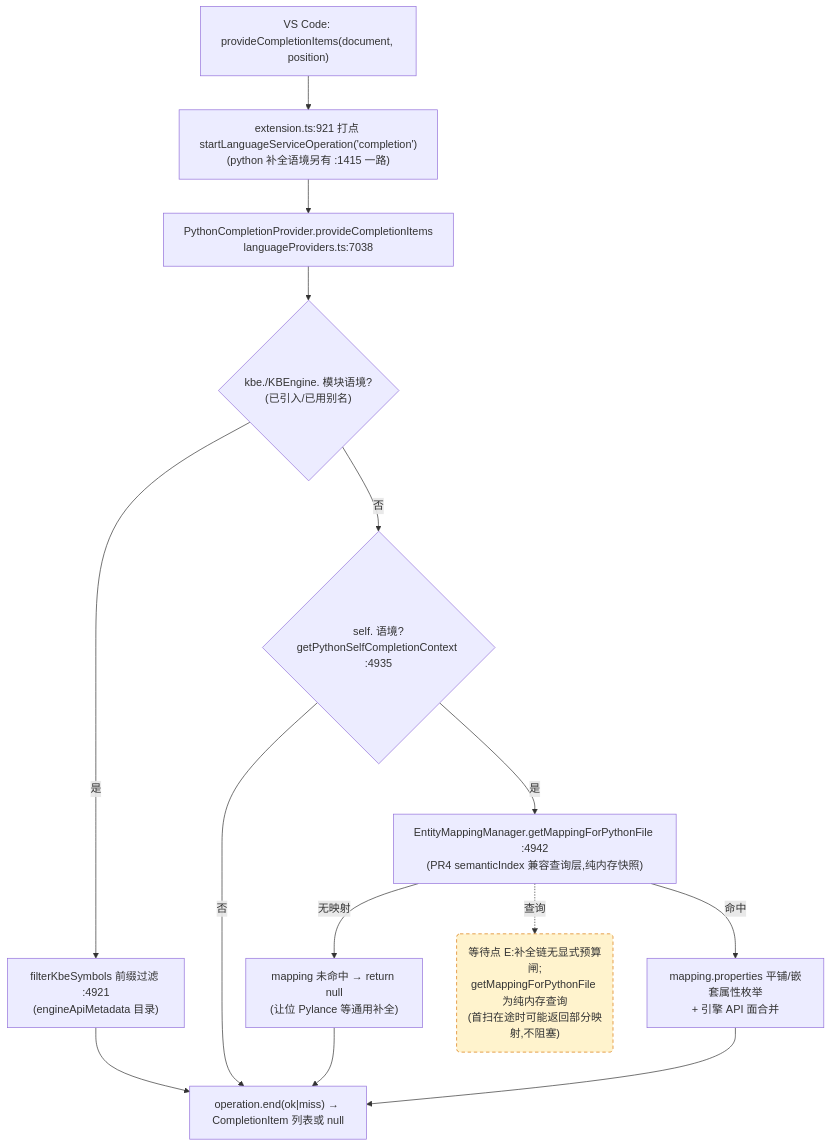
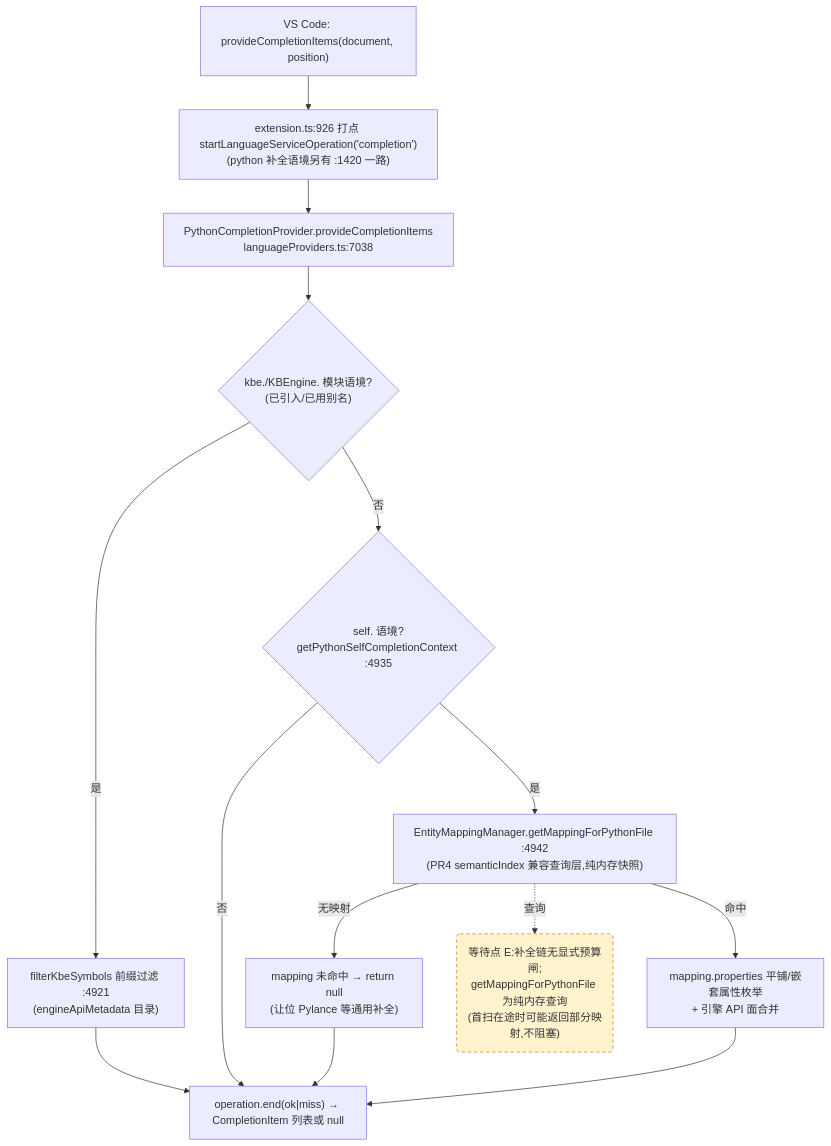
One commit to cuihairu/kode changed the third of 4 diagrams in docs/perf/2026-baseline.md. Above: the diagram before and after it, drawn with Mermaid. The commit also changed other lines of this file and 7 other files, not shown here.

````diff
--- a/docs/perf/2026-baseline.md
+++ b/docs/perf/2026-baseline.md
@@ -184,27 +184,27 @@
 ```mermaid
 flowchart TD
   VC3["VS Code: provideCompletionItems(document, position)"]
-  M3["extension.ts:921 打点 startLanguageServiceOperation('completion')<br/>(python 补全语境另有 :1415 一路)"]
+  M3["extension.ts:926 打点 startLanguageServiceOperation('completion')<br/>(python 补全语境另有 :1420 一路)"]
   CP["PythonCompletionProvider.provideCompletionItems<br/>languageProviders.ts:7038"]
   KBEC{"kbe./KBEngine. 模块语境?<br/>(已引入/已用别名)"}
   FILTER["filterKbeSymbols 前缀过滤 :4921<br/>(engineApiMetadata 目录)"]
   SELFC{"self. 语境?<br/>getPythonSelfCompletionContext :4935"}
   MAP["EntityMappingManager.getMappingForPythonFile :4942<br/>(PR4 semanticIndex 兼容查询层,纯内存快照)"]
   NOMAP["mapping 未命中 → return null<br/>(让位 Pylance 等通用补全)"]
   PROPS["mapping.properties 平铺/嵌套属性枚举<br/>+ 引擎 API 面合并"]
   END3["operation.end(ok|miss) → CompletionItem 列表或 null"]
 
   VC3 --> M3 --> CP --> KBEC
   KBEC -- "是" --> FILTER --> END3
   KBEC -- "否" --> SELFC
   SELFC -- "否" --> END3
   SELFC -- "是" --> MAP
   MAP -- "无映射" --> NOMAP --> END3
   MAP -- "命中" --> PROPS --> END3
 
   WAITE("等待点 E:补全链无显式预算闸;<br/>getMappingForPythonFile 为纯内存查询<br/>(首扫在途时可能返回部分映射,不阻塞)")
   MAP -.->|查询| WAITE
 
   classDef waitPoint fill:#fff3cd,stroke:#d97706,stroke-dasharray:5 4;
   class WAITE waitPoint;
 ```
````
